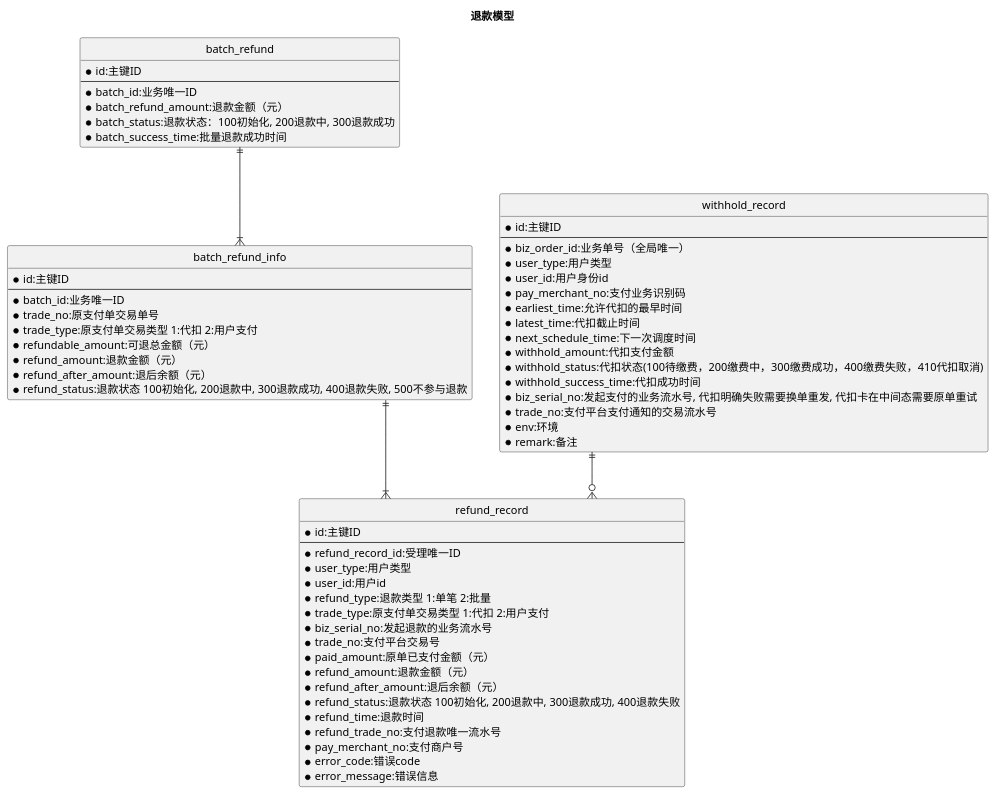
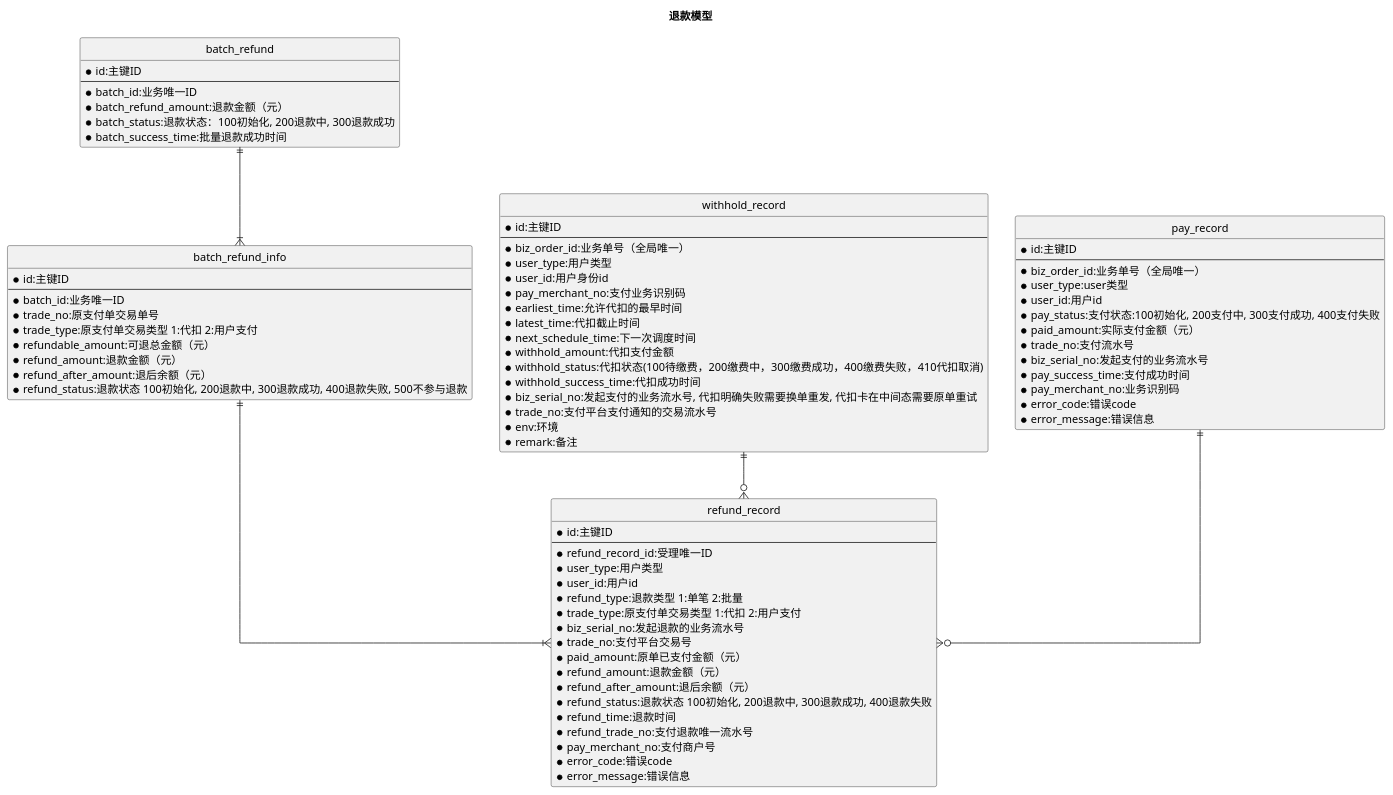
Before and after one commit to dictionaryshi/wxjj: the diagram in diagram/EntityDemo.puml, drawn with PlantUML.

Commit message:
EntityDemo.puml

```diff
--- a/diagram/EntityDemo.puml
+++ b/diagram/EntityDemo.puml
@@ -1,79 +1,97 @@
 @startuml
 
 title 退款模型
 
 '隐藏类标'
 hide circle
 
 '使用直线'
 skinparam linetype ortho
 
 entity "batch_refund" {
 *id:主键ID
 --
 *batch_id:业务唯一ID
 *batch_refund_amount:退款金额（元）
 *batch_status:退款状态：100初始化, 200退款中, 300退款成功
 *batch_success_time:批量退款成功时间
 }
 
 entity "batch_refund_info" {
 *id:主键ID
 --
 *batch_id:业务唯一ID
 *trade_no:原支付单交易单号
 *trade_type:原支付单交易类型 1:代扣 2:用户支付
 *refundable_amount:可退总金额（元）
 *refund_amount:退款金额（元）
 *refund_after_amount:退后余额（元）
 *refund_status:退款状态 100初始化, 200退款中, 300退款成功, 400退款失败, 500不参与退款
 }
 
 entity "refund_record" {
 *id:主键ID
 --
 *refund_record_id:受理唯一ID
 *user_type:用户类型
 *user_id:用户id
 *refund_type:退款类型 1:单笔 2:批量
 *trade_type:原支付单交易类型 1:代扣 2:用户支付
 *biz_serial_no:发起退款的业务流水号
 *trade_no:支付平台交易号
 *paid_amount:原单已支付金额（元）
 *refund_amount:退款金额（元）
 *refund_after_amount:退后余额（元）
 *refund_status:退款状态 100初始化, 200退款中, 300退款成功, 400退款失败
 *refund_time:退款时间
 *refund_trade_no:支付退款唯一流水号
 *pay_merchant_no:支付商户号
 *error_code:错误code
 *error_message:错误信息
 }
 
 entity "withhold_record" {
 *id:主键ID
 --
 *biz_order_id:业务单号（全局唯一）
 *user_type:用户类型
 *user_id:用户身份id
 *pay_merchant_no:支付业务识别码
 *earliest_time:允许代扣的最早时间
 *latest_time:代扣截止时间
 *next_schedule_time:下一次调度时间
 *withhold_amount:代扣支付金额
 *withhold_status:代扣状态(100待缴费，200缴费中，300缴费成功，400缴费失败，410代扣取消)
 *withhold_success_time:代扣成功时间
 *biz_serial_no:发起支付的业务流水号, 代扣明确失败需要换单重发, 代扣卡在中间态需要原单重试
 *trade_no:支付平台支付通知的交易流水号
 *env:环境
 *remark:备注
 }
 
+entity "pay_record" {
+*id:主键ID
+--
+*biz_order_id:业务单号（全局唯一）
+*user_type:user类型
+*user_id:用户id
+*pay_status:支付状态:100初始化, 200支付中, 300支付成功, 400支付失败
+*paid_amount:实际支付金额（元）
+*trade_no:支付流水号
+*biz_serial_no:发起支付的业务流水号
+*pay_success_time:支付成功时间
+*pay_merchant_no:业务识别码
+*error_code:错误code
+*error_message:错误信息
+}
+
 '一对多'
 batch_refund ||--|{ batch_refund_info
 '一对多'
 batch_refund_info ||--|{ refund_record
 '一对0或多'
 withhold_record ||--o{ refund_record
+'一对0或多'
+pay_record ||--o{ refund_record
 
 @enduml
```
